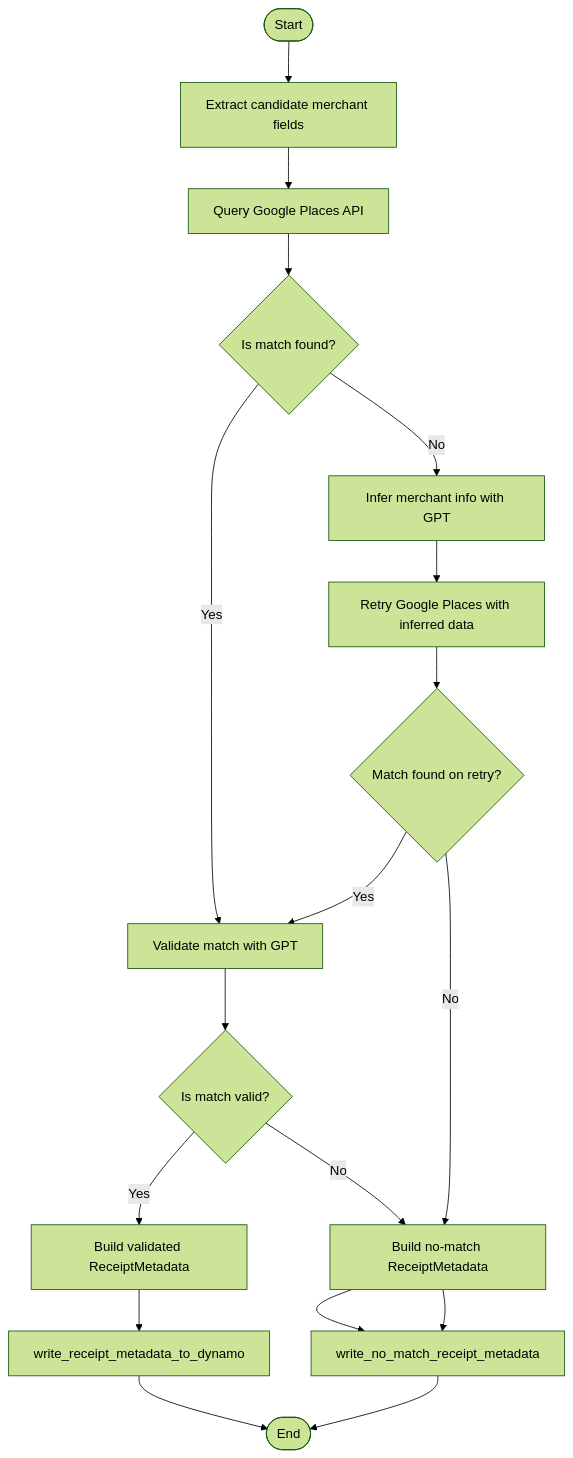
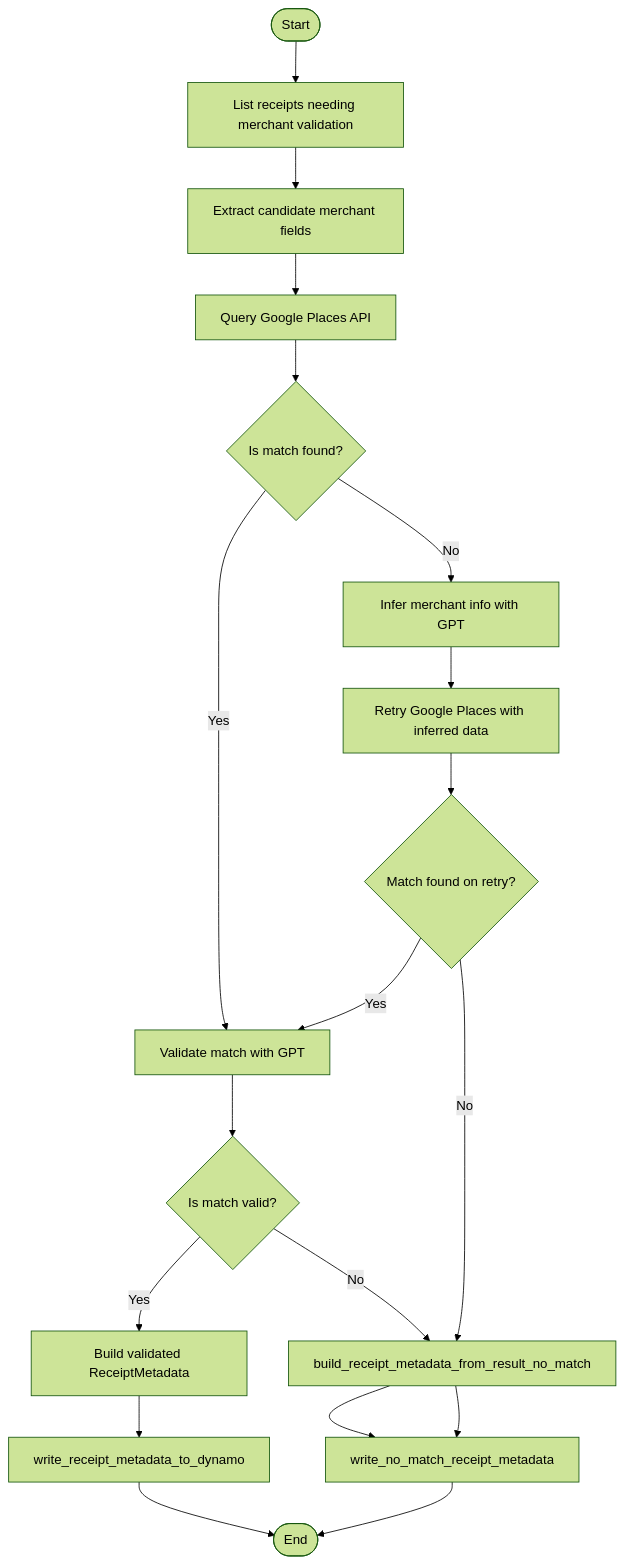
The diagram in receipt_label/receipt_label/merchant_validation/README.md (tnorlund/Portfolio), drawn with Mermaid (forest theme) before and after one commit. The commit also changed other lines of this file, not shown here.

````diff
--- a/receipt_label/receipt_label/merchant_validation/README.md
+++ b/receipt_label/receipt_label/merchant_validation/README.md
@@ -60,20 +77,21 @@
 ```mermaid
 flowchart TD
-    Start([Start]) --> extract_candidate_merchant_fields["Extract candidate merchant fields"]
+    Start([Start]) --> ListReceiptsNeedingValidation["List receipts needing merchant validation"]
+    ListReceiptsNeedingValidation --> extract_candidate_merchant_fields["Extract candidate merchant fields"]
     extract_candidate_merchant_fields --> query_google_places["Query Google Places API"]
     query_google_places --> IsMatchFound{"Is match found?"}
 
     IsMatchFound -- Yes --> validate_match_with_gpt["Validate match with GPT"]
     IsMatchFound -- No --> InferWithGPT["Infer merchant info with GPT"]
     InferWithGPT --> retry_google_search_with_inferred_data["Retry Google Places with inferred data"]
     retry_google_search_with_inferred_data --> IsRetryMatchFound{"Match found on retry?"}
     IsRetryMatchFound -- Yes --> validate_match_with_gpt
-    IsRetryMatchFound -- No --> build_receipt_metadata_from_result_no_match["Build no-match ReceiptMetadata"] --> write_no_match_receipt_metadata
+    IsRetryMatchFound -- No --> build_receipt_metadata_from_result_no_match --> write_no_match_receipt_metadata
 
     validate_match_with_gpt --> IsValid{"Is match valid?"}
     IsValid -- Yes --> build_receipt_metadata_from_result["Build validated ReceiptMetadata"] --> write_receipt_metadata_to_dynamo
     IsValid -- No --> build_receipt_metadata_from_result_no_match --> write_no_match_receipt_metadata
 
     write_no_match_receipt_metadata --> End([End])
     write_receipt_metadata_to_dynamo --> End([End])
 ```
````
